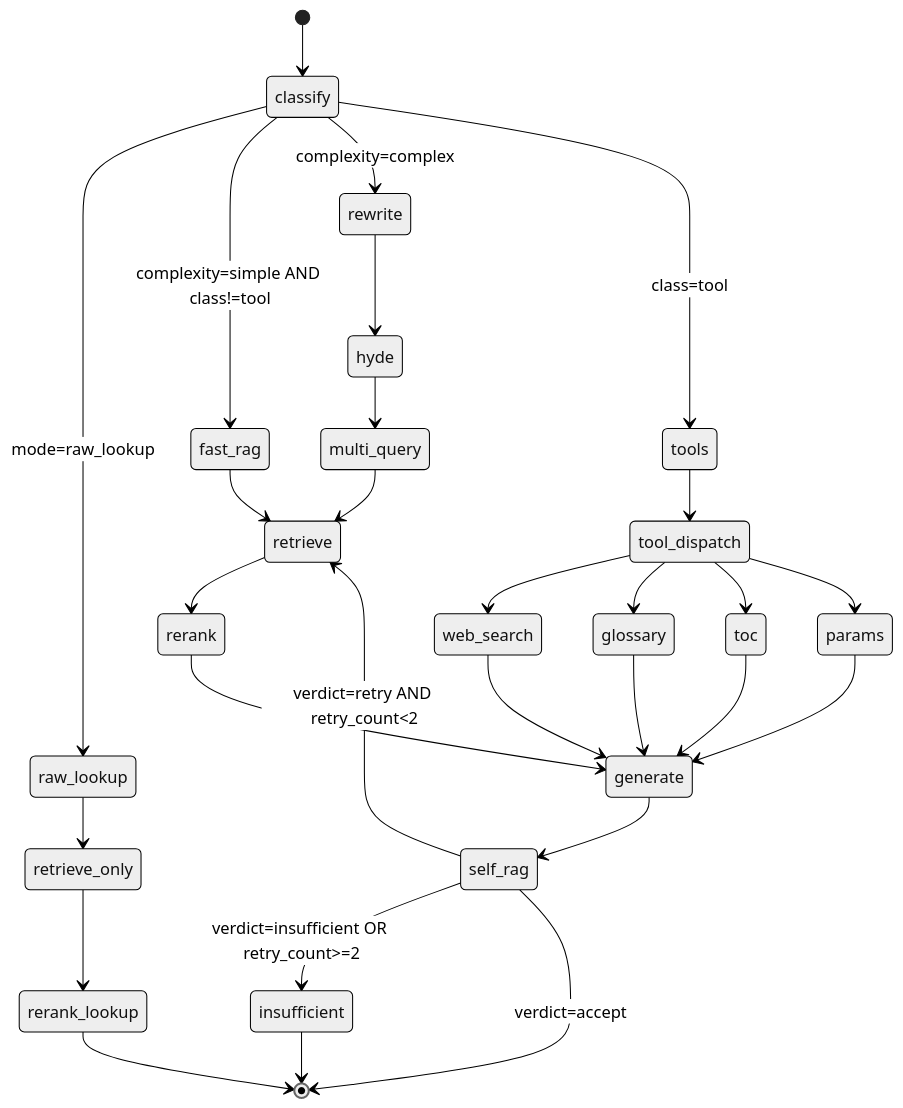
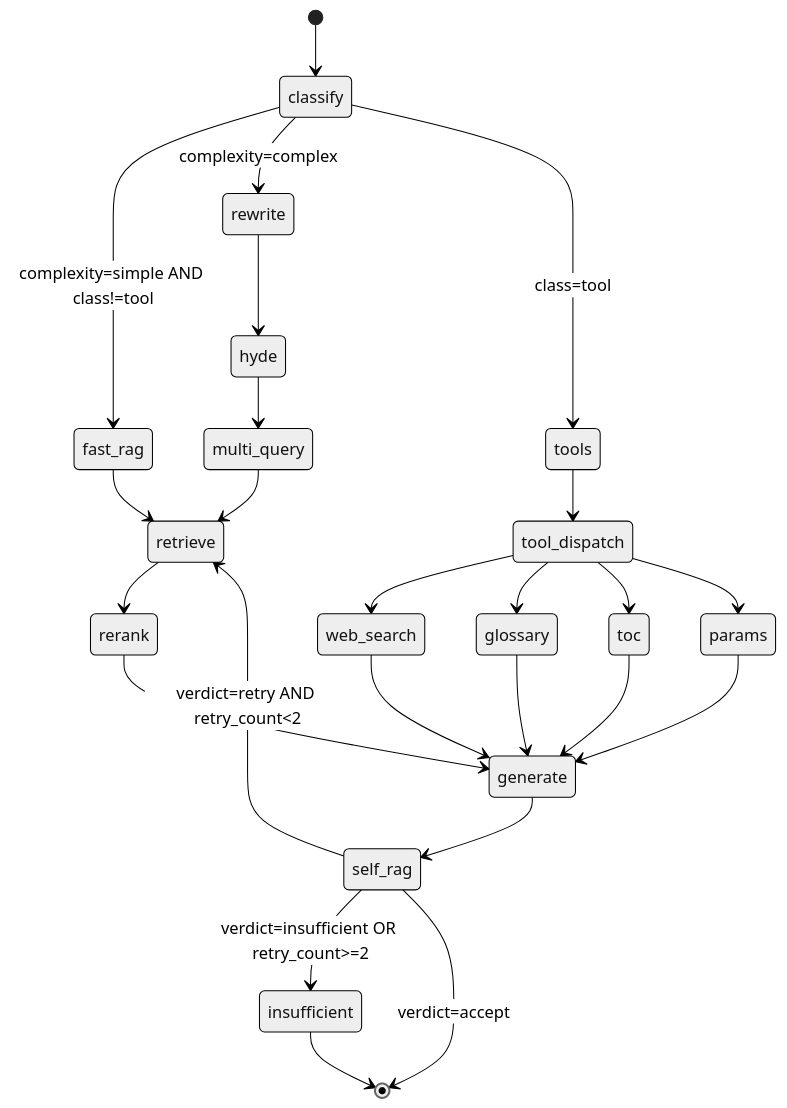
The first of 2 diagrams in docs/03-development/03-agent.md (EpisodeYu/3GPP-Everything), drawn with Mermaid (neutral theme) before and after one commit. The commit also changed other lines of this file and 19 other files, not shown here.

First line of the commit message:
feat(frontend): citation 章节引用超链接化 + 移除 RawLookup 双模式

````diff
--- a/docs/03-development/03-agent.md
+++ b/docs/03-development/03-agent.md
@@ -94,31 +94,27 @@
 ```mermaid
 stateDiagram-v2
     [*] --> classify
-    classify --> raw_lookup: mode=raw_lookup
     classify --> fast_rag: complexity=simple AND class!=tool
     classify --> rewrite: complexity=complex
     classify --> tools: class=tool
     rewrite --> hyde
     hyde --> multi_query
     multi_query --> retrieve
     fast_rag --> retrieve
     retrieve --> rerank
     rerank --> generate
     tools --> tool_dispatch
     tool_dispatch --> web_search
     tool_dispatch --> glossary
     tool_dispatch --> toc
     tool_dispatch --> params
     web_search --> generate
     glossary --> generate
     toc --> generate
     params --> generate
     generate --> self_rag
     self_rag --> retrieve: verdict=retry AND retry_count<2
     self_rag --> insufficient: verdict=insufficient OR retry_count>=2
     self_rag --> [*]: verdict=accept
     insufficient --> [*]
-    raw_lookup --> retrieve_only
-    retrieve_only --> rerank_lookup
-    rerank_lookup --> [*]
 ```
````
